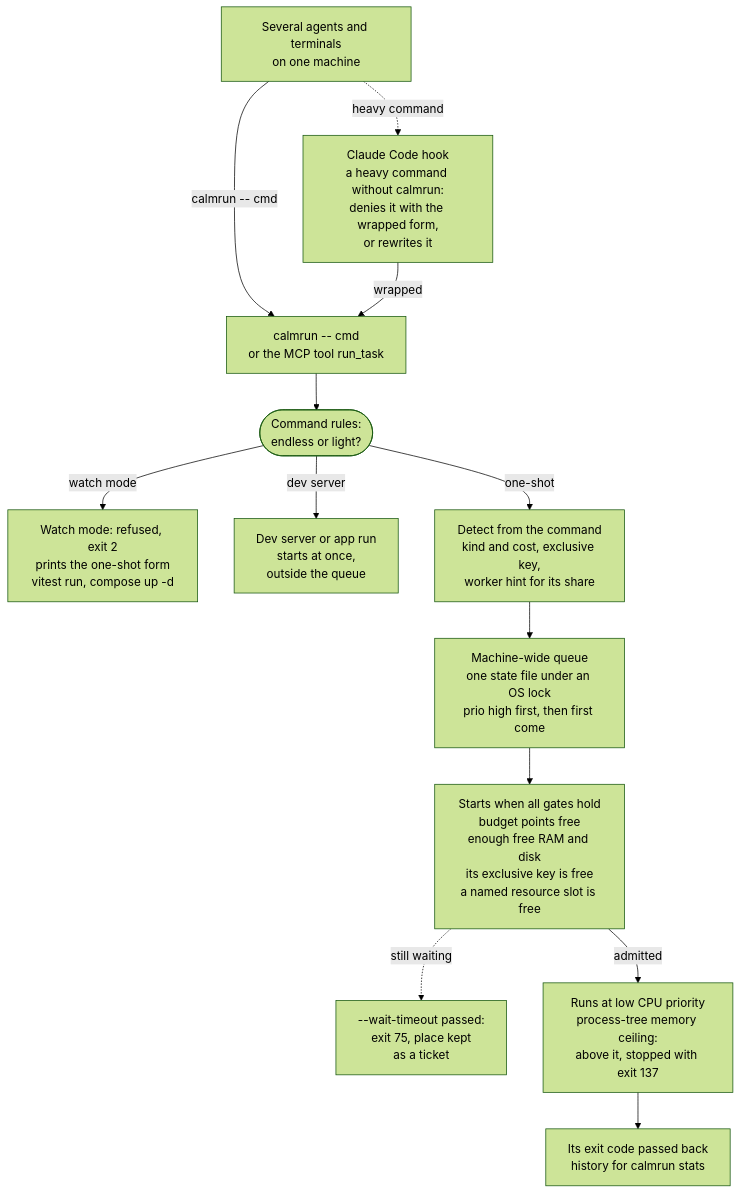
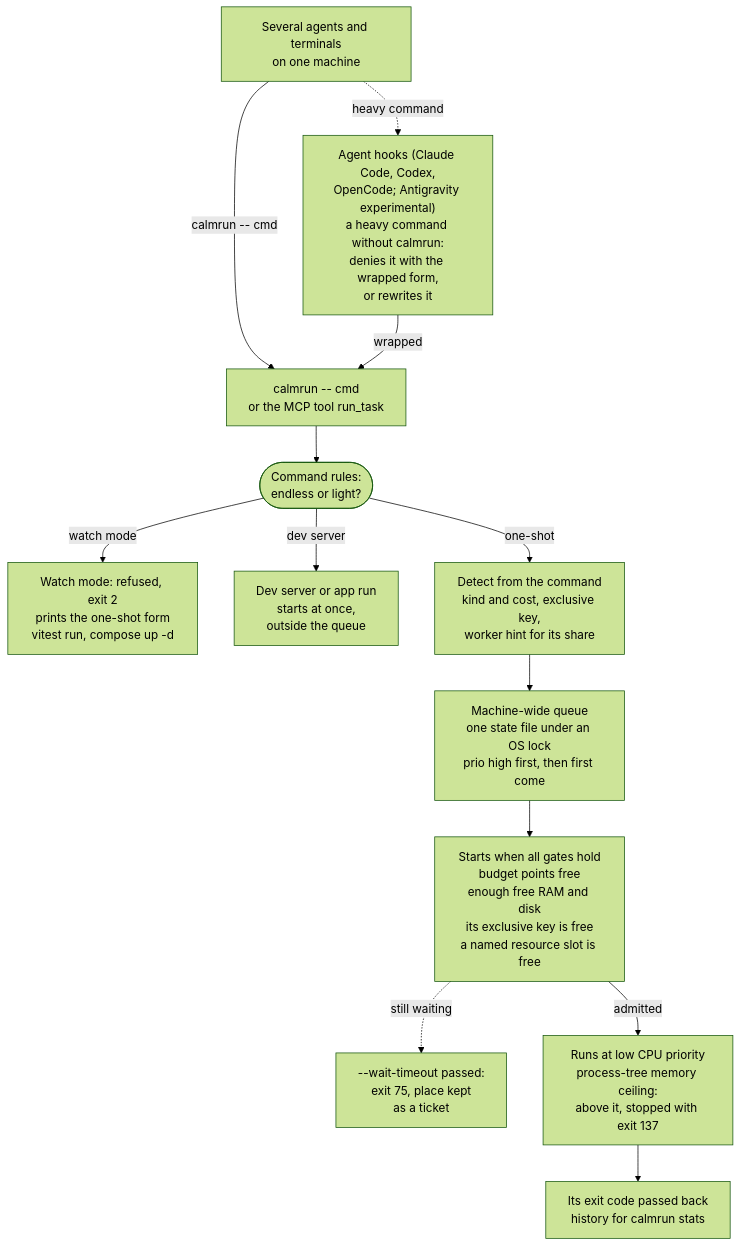
One commit to vannt-dev/calmrun changed the diagram in docs/diagrams/overview.mmd. Above: the diagram before and after it, drawn with Mermaid (forest theme). The commit also changed 31 other files, not shown here.

```diff
--- a/docs/diagrams/overview.mmd
+++ b/docs/diagrams/overview.mmd
@@ -1,29 +1,29 @@
 %% Re-render both SVGs after editing (from the repository root):
 %% npx -y @mermaid-js/mermaid-cli@12.2.0 -i docs/diagrams/overview.mmd -c docs/diagrams/mermaid.config.json -b transparent -t default -o docs/diagrams/overview-light.svg
 %% npx -y @mermaid-js/mermaid-cli@12.2.0 -i docs/diagrams/overview.mmd -c docs/diagrams/mermaid.config.json -b transparent -t dark -o docs/diagrams/overview-dark.svg
 flowchart TD
   src["Several agents and terminals<br/>on one machine"]
-  hook["Claude Code hook<br/>a heavy command without calmrun:<br/>denies it with the wrapped form,<br/>or rewrites it"]
+  hook["Agent hooks (Claude Code, Codex,<br/>OpenCode; Antigravity experimental)<br/>a heavy command without calmrun:<br/>denies it with the wrapped form,<br/>or rewrites it"]
   entry["calmrun -- cmd<br/>or the MCP tool run_task"]
   check(["Command rules:<br/>endless or light?"])
   refuse["Watch mode: refused, exit 2<br/>prints the one-shot form<br/>vitest run, compose up -d"]
   light["Dev server or app run<br/>starts at once,<br/>outside the queue"]
   detect["Detect from the command<br/>kind and cost, exclusive key,<br/>worker hint for its share"]
   queue["Machine-wide queue<br/>one state file under an OS lock<br/>prio high first, then first come"]
   gates["Starts when all gates hold<br/>budget points free<br/>enough free RAM and disk<br/>its exclusive key is free<br/>a named resource slot is free"]
   ticket["--wait-timeout passed:<br/>exit 75, place kept<br/>as a ticket"]
   run["Runs at low CPU priority<br/>process-tree memory ceiling:<br/>above it, stopped with exit 137"]
   done["Its exit code passed back<br/>history for calmrun stats"]
 
   src -- "calmrun -- cmd" --> entry
   src -. "heavy command" .-> hook
   hook -- "wrapped" --> entry
   entry --> check
   check -- "watch mode" --> refuse
   check -- "dev server" --> light
   check -- "one-shot" --> detect
   detect --> queue
   queue --> gates
   gates -. "still waiting" .-> ticket
   gates -- "admitted" --> run
   run --> done
```
